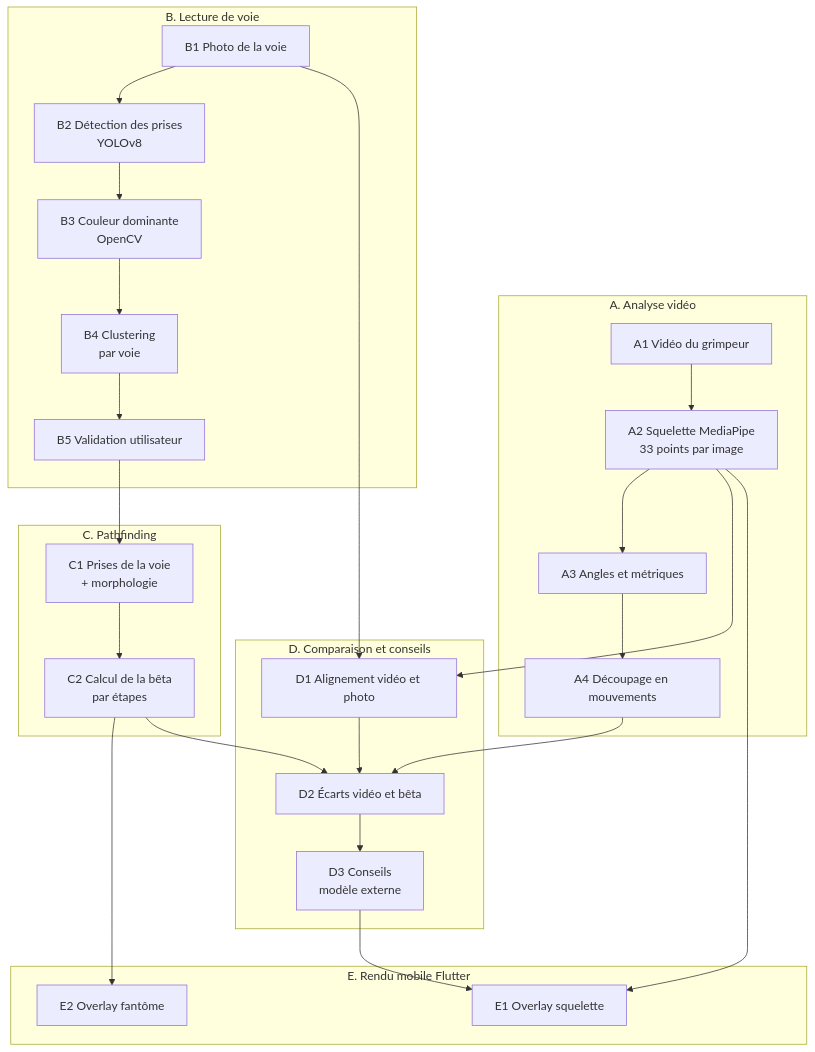
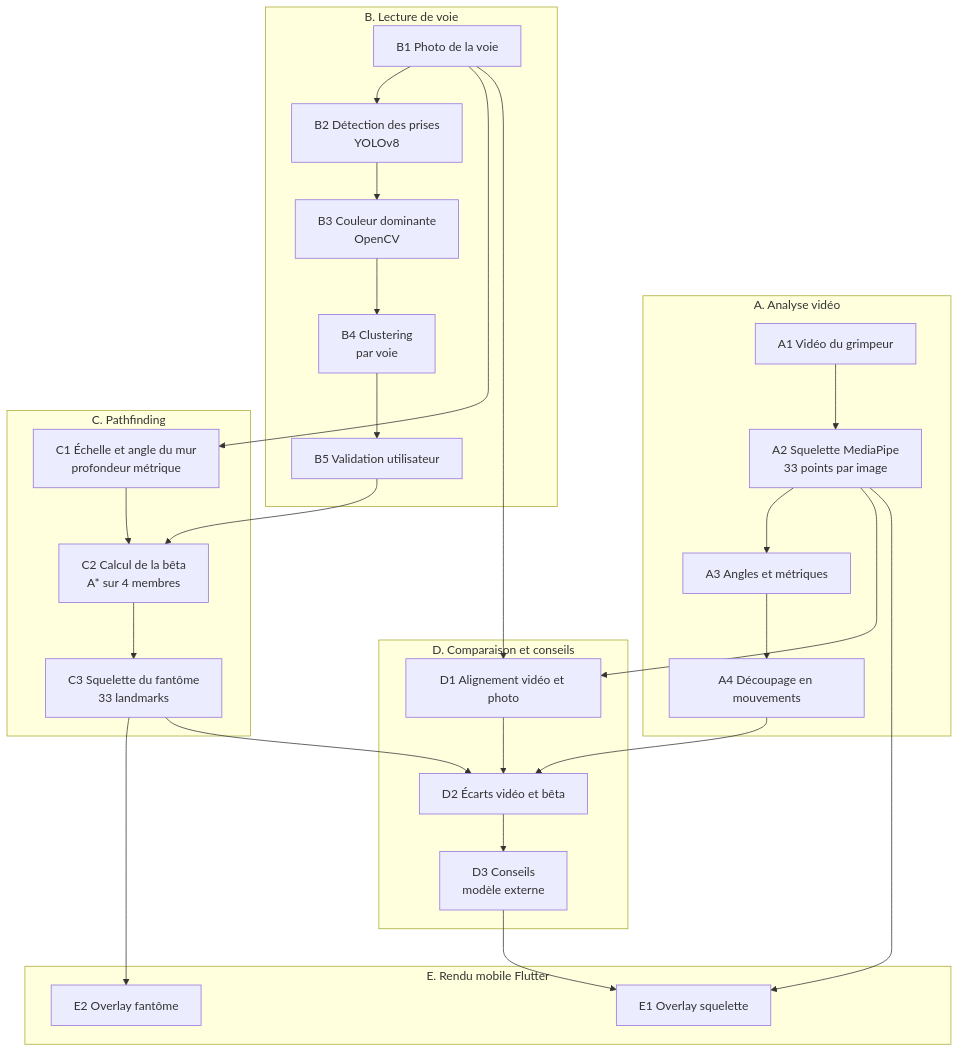
Before and after one commit to Ascension-EIP/Ascension: the first of 3 diagrams in docs/Ascension/developer/apps/ai/pipeline-2d-decomposition.md, drawn with Mermaid. The commit also changed other lines of this file and 1 other file, not shown here.

````diff
--- a/docs/Ascension/developer/apps/ai/pipeline-2d-decomposition.md
+++ b/docs/Ascension/developer/apps/ai/pipeline-2d-decomposition.md
@@ -37,38 +37,40 @@
 ```mermaid
 flowchart TD
     subgraph A ["A. Analyse vidéo"]
         A1["A1 Vidéo du grimpeur"] --> A2["A2 Squelette MediaPipe\n33 points par image"]
         A2 --> A3["A3 Angles et métriques"]
         A3 --> A4["A4 Découpage en mouvements"]
     end
 
     subgraph B ["B. Lecture de voie"]
         B1["B1 Photo de la voie"] --> B2["B2 Détection des prises\nYOLOv8"]
         B2 --> B3["B3 Couleur dominante\nOpenCV"]
         B3 --> B4["B4 Clustering\npar voie"]
         B4 --> B5["B5 Validation utilisateur"]
     end
 
     subgraph C ["C. Pathfinding"]
-        C1["C1 Prises de la voie\n+ morphologie"] --> C2["C2 Calcul de la bêta\npar étapes"]
+        C1["C1 Échelle et angle du mur\nprofondeur métrique"] --> C2["C2 Calcul de la bêta\nA* sur 4 membres"]
+        C2 --> C3["C3 Squelette du fantôme\n33 landmarks"]
     end
 
     subgraph D ["D. Comparaison et conseils"]
         D1["D1 Alignement vidéo et photo"] --> D2["D2 Écarts vidéo et bêta"]
         D2 --> D3["D3 Conseils\nmodèle externe"]
     end
 
     subgraph E ["E. Rendu mobile Flutter"]
         E1["E1 Overlay squelette"]
         E2["E2 Overlay fantôme"]
     end
 
-    B5 --> C1
-    C2 --> E2
-    C2 --> D2
+    B1 --> C1
+    B5 --> C2
+    C3 --> E2
+    C3 --> D2
     A4 --> D2
     A2 --> D1
     B1 --> D1
     A2 --> E1
     D3 --> E1
 ```
````
